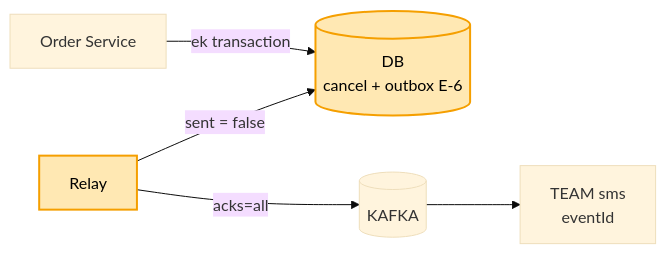
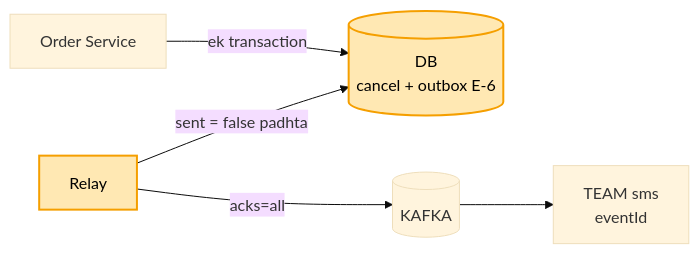
Before and after one commit to ArpanMaheshwari144/Prep: the seventh of 8 diagrams in 04_HLD/SYSTEM_DESIGNS/12_message_queue_kafka/12_message_queue_kafka.md, drawn with Mermaid (base theme). The commit also changed 1 other file, not shown here.

Commit message:
kafka + banking outbox: Relay ka teer 'sent = false padhta'

````diff
--- a/04_HLD/SYSTEM_DESIGNS/12_message_queue_kafka/12_message_queue_kafka.md
+++ b/04_HLD/SYSTEM_DESIGNS/12_message_queue_kafka/12_message_queue_kafka.md
@@ -280,9 +280,9 @@
 ```mermaid
 flowchart LR
     O["Order Service"] -- "ek transaction" --> DB[("DB<br/>cancel + outbox E-6")]
-    RL["Relay"] -- "sent = false" --> DB
+    RL["Relay"] -- "sent = false padhta" --> DB
     RL -- "acks=all" --> K[("KAFKA")]
     K --> S["TEAM sms<br/>eventId"]
     style DB fill:#ffe8b3,stroke:#f59f00,stroke-width:2px,color:#000
     style RL fill:#ffe8b3,stroke:#f59f00,stroke-width:2px,color:#000
 ```
````
